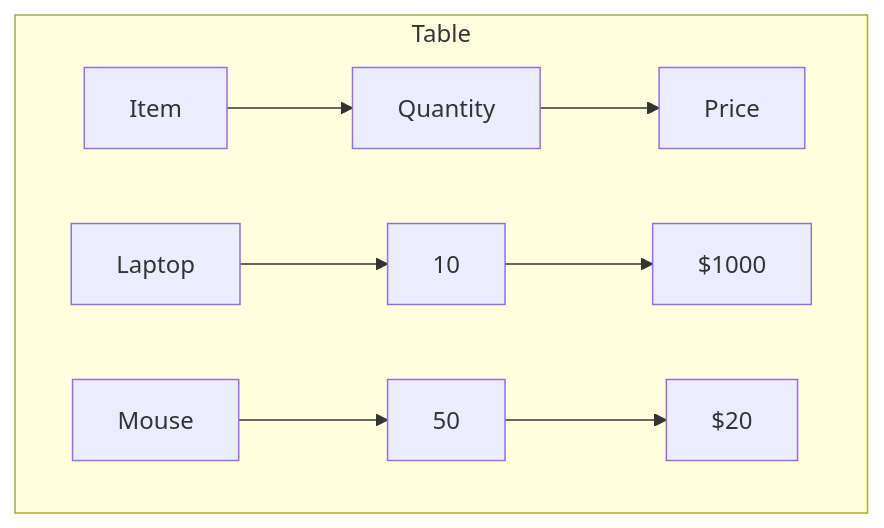
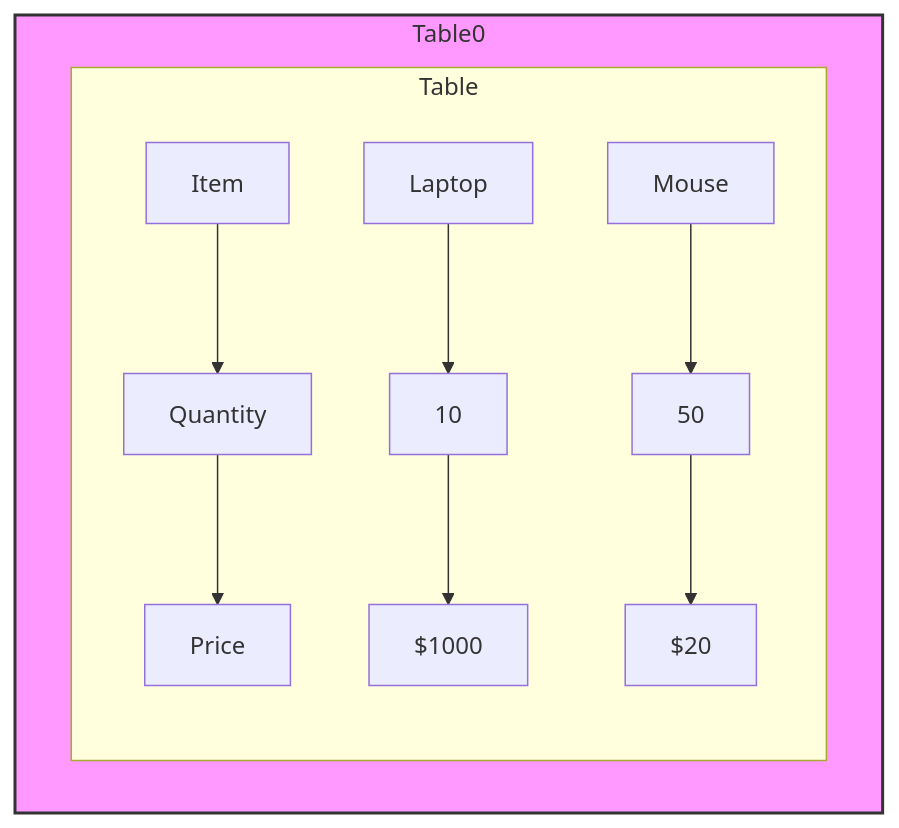
Before and after one commit to houssamkhalifeh/practice: the third of 4 diagrams in S2C.md, drawn with Mermaid. The commit also changed other lines of this file, not shown here.

````diff
--- a/S2C.md
+++ b/S2C.md
@@ -23,10 +30,15 @@
 ```mermaid
 
 flowchart TB
-    subgraph Table
-        A1["Item"] --> A2["Quantity"] --> A3["Price"]
-        B1["Laptop"] --> B2["10"] --> B3["$1000"]
-        C1["Mouse"] --> C2["50"] --> C3["$20"]
+    subgraph Table0
+        subgraph Table
+            A1["Item"] --> A2["Quantity"] --> A3["Price"]
+            B1["Laptop"] --> B2["10"] --> B3["$1000"]
+            C1["Mouse"] --> C2["50"] --> C3["$20"]
+        end
     end
 
+    %% Style nodes
+    style Table0 fill:#f9f,stroke:#333,stroke-width:2px
+
 ```
````
